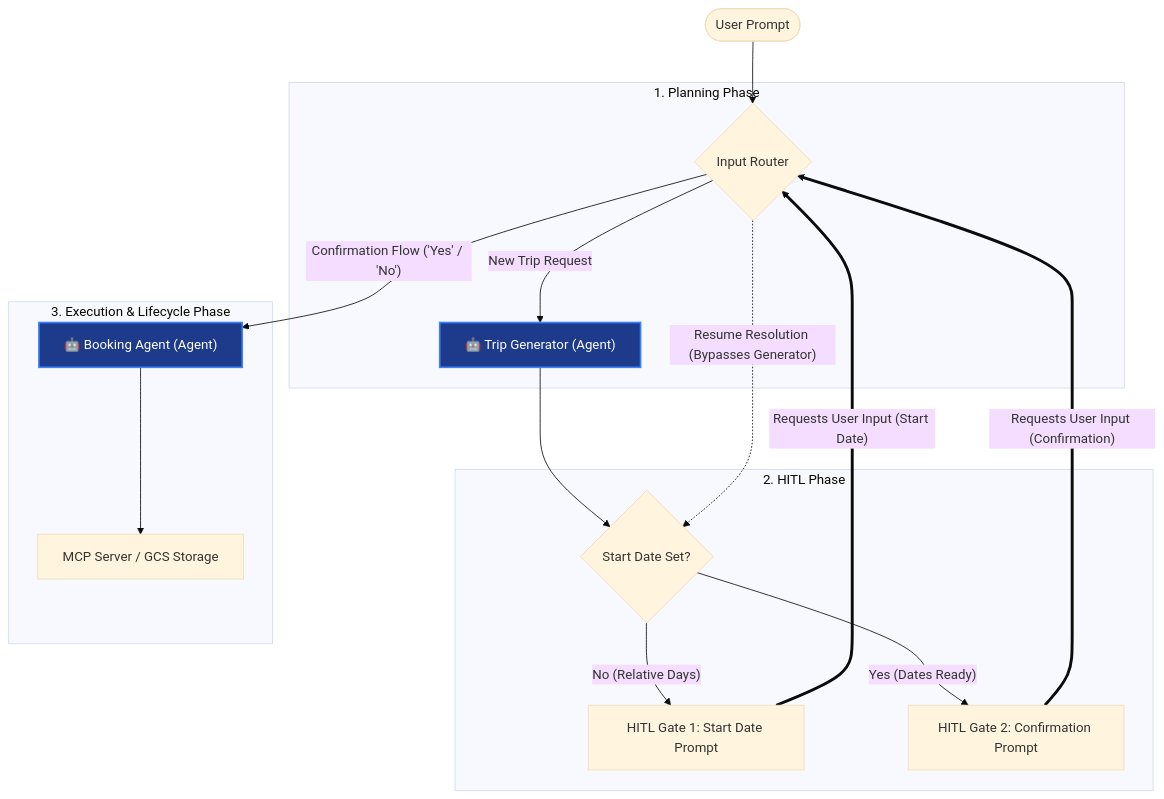
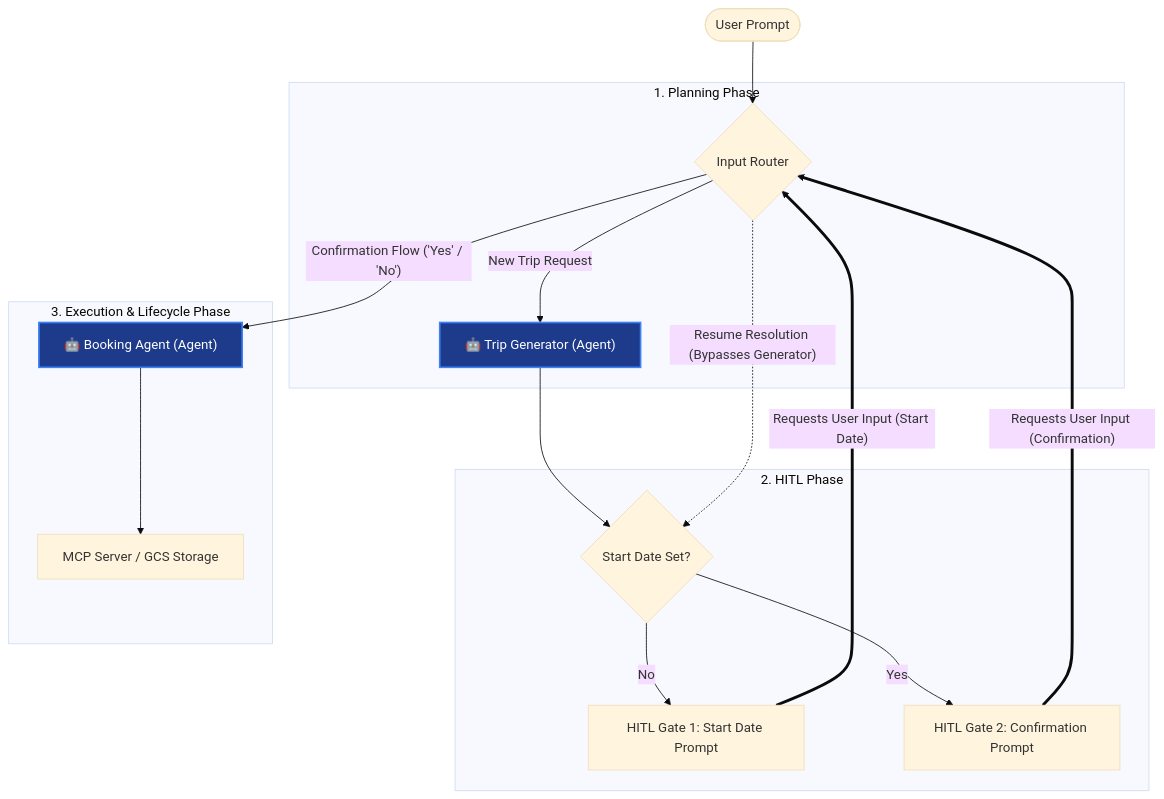
One commit to rtannenbaum/agentic-trip-planner changed the diagram in README.md. Above: the diagram before and after it, drawn with Mermaid (base theme).

Commit message:
Simplify DateGate labels in README.md

````diff
--- a/README.md
+++ b/README.md
@@ -86,25 +86,25 @@
 ```mermaid
 graph TD
     User([User Prompt]) --> Router{Input Router}
     
     subgraph 1. Planning Phase
         Router -- "New Trip Request" --> TripGen["🤖 Trip Generator (Agent)"]:::agentStyle
     end
     
     subgraph 2. HITL Phase
         TripGen --> DateGate{Start Date Set?}
-        DateGate -- "No (Relative Days)" --> Gate1["HITL Gate 1: Start Date Prompt"]
-        DateGate -- "Yes (Dates Ready)" --> Gate2["HITL Gate 2: Confirmation Prompt"]
+        DateGate -- "No" --> Gate1["HITL Gate 1: Start Date Prompt"]
+        DateGate -- "Yes" --> Gate2["HITL Gate 2: Confirmation Prompt"]
     end
     
     subgraph 3. Execution & Lifecycle Phase
         Router -- "Confirmation Flow ('Yes' / 'No')" --> BookAgent["🤖 Booking Agent (Agent)"]:::agentStyle
         BookAgent --> MCP[MCP Server / GCS Storage]
     end
     
     Gate1 == "Requests User Input (Start Date)" ==> Router
     Router -. "Resume Resolution (Bypasses Generator)" .-> DateGate
     Gate2 == "Requests User Input (Confirmation)" ==> Router
 
     classDef agentStyle fill:#1e3a8a,stroke:#3b82f6,color:#ffffff,stroke-width:2px;
 ```
````
